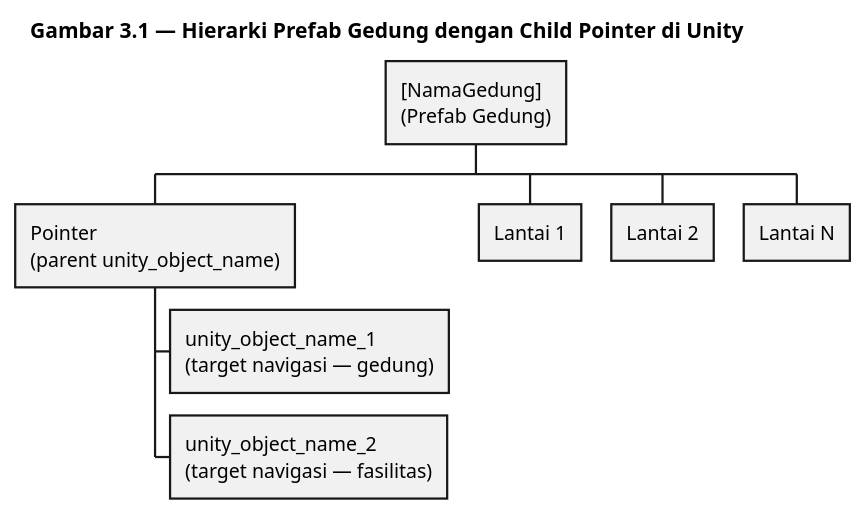
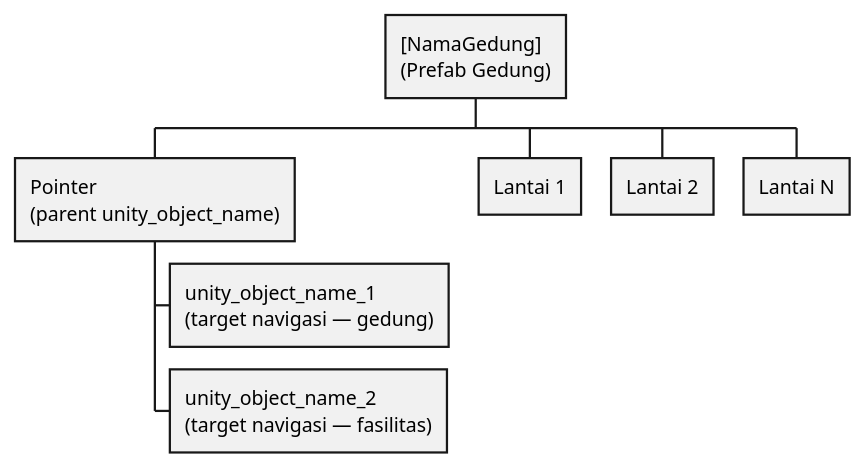
The diagram in diagrams/gambar-3.1-hierarki-prefab-unity.puml (Jokskuyy/workflow-ta-proyek), drawn with PlantUML before and after one commit. The commit also changed 52 other files, not shown here.

Commit message:
docs: finalisasi laporan Iman dan diagram UML

```diff
--- a/diagrams/gambar-3.1-hierarki-prefab-unity.puml
+++ b/diagrams/gambar-3.1-hierarki-prefab-unity.puml
@@ -1,25 +1,24 @@
 @startwbs gambar-3-1-hierarki-prefab-unity
 ' Gambar 3.1 - Hierarki Prefab Gedung dengan Child Pointer di Unity
 ' Sumber: PRD - Konvensi Struktur Scene Unity
 
 skinparam backgroundColor #FFFFFF
 skinparam shadowing false
 skinparam defaultFontName "Segoe UI"
 skinparam defaultFontSize 13
 skinparam wbsDiagram {
   BackgroundColor #F2F2F2
   BorderColor #555555
   ArrowColor #444444
 }
 
-title Gambar 3.1 — Hierarki Prefab Gedung dengan Child Pointer di Unity
 
 * [NamaGedung]\n(Prefab Gedung)
 ** Pointer\n(parent unity_object_name)
 *** unity_object_name_1\n(target navigasi — gedung)
 *** unity_object_name_2\n(target navigasi — fasilitas)
 ** Lantai 1
 ** Lantai 2
 ** Lantai N
 
 @endwbs
```
